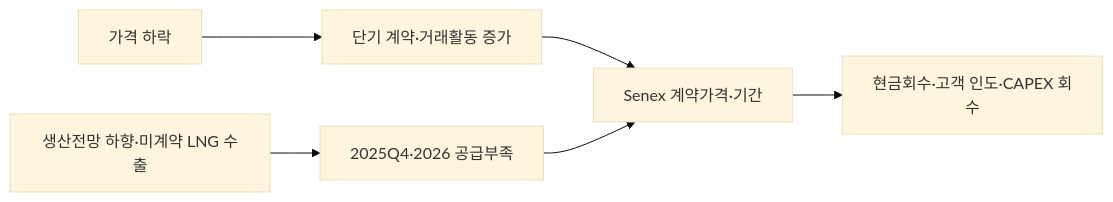
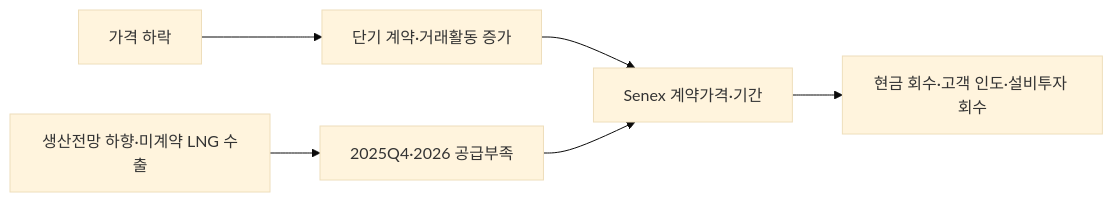
The diagram in market-sensing-wiki/signals/SIG-C5958F0A0B3B.md (arik1988/posco-market-sensing-wiki), drawn with Mermaid (base theme) before and after one commit. The commit also changed other lines of this file and 143 other files, not shown here.

````diff
--- a/market-sensing-wiki/signals/SIG-C5958F0A0B3B.md
+++ b/market-sensing-wiki/signals/SIG-C5958F0A0B3B.md
@@ -68,8 +117,8 @@
 ```mermaid
 flowchart LR
  A[가격 하락] --> B[단기 계약·거래활동 증가]
  C[생산전망 하향·미계약 LNG 수출] --> D[2025Q4·2026 공급부족]
  B --> E[Senex 계약가격·기간]
  D --> E
- E --> F[현금회수·고객 인도·CAPEX 회수]
+ E --> F[현금 회수·고객 인도·설비투자 회수]
 ```
````
